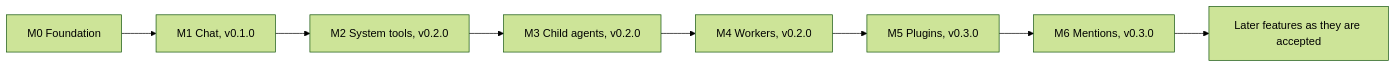
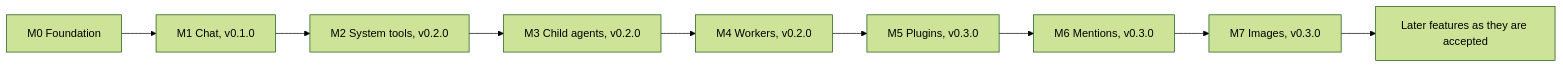
Before and after one commit to limbon2/mannie: the diagram in docs/roadmap/milestones.md, drawn with Mermaid (forest theme). The commit also changed other lines of this file and 145 other files, not shown here.

````diff
--- a/docs/roadmap/milestones.md
+++ b/docs/roadmap/milestones.md
@@ -29,10 +30,11 @@
 ```mermaid
 flowchart LR
   M0[M0 Foundation] --> M1[M1 Chat, v0.1.0]
   M1 --> M2[M2 System tools, v0.2.0]
   M2 --> M3[M3 Child agents, v0.2.0]
   M3 --> M4[M4 Workers, v0.2.0]
   M4 --> M5[M5 Plugins, v0.3.0]
   M5 --> M6[M6 Mentions, v0.3.0]
-  M6 --> Later[Later features as they are accepted]
+  M6 --> M7[M7 Images, v0.3.0]
+  M7 --> Later[Later features as they are accepted]
 ```
````
